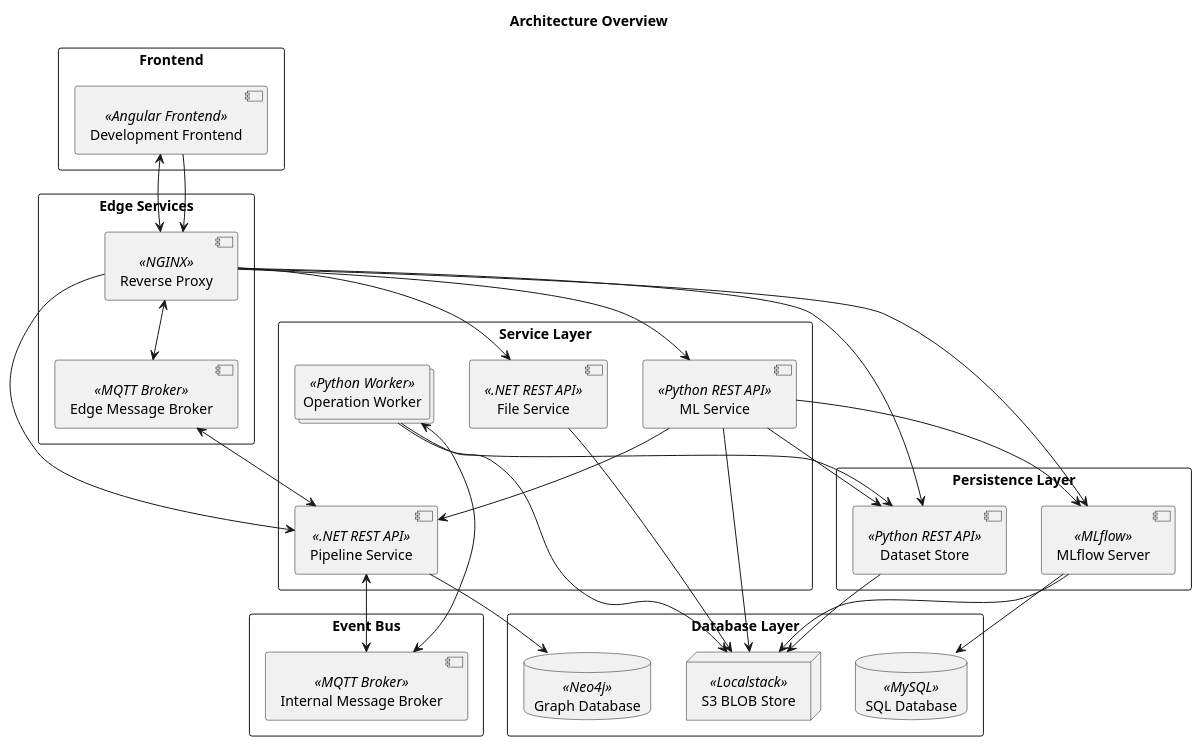
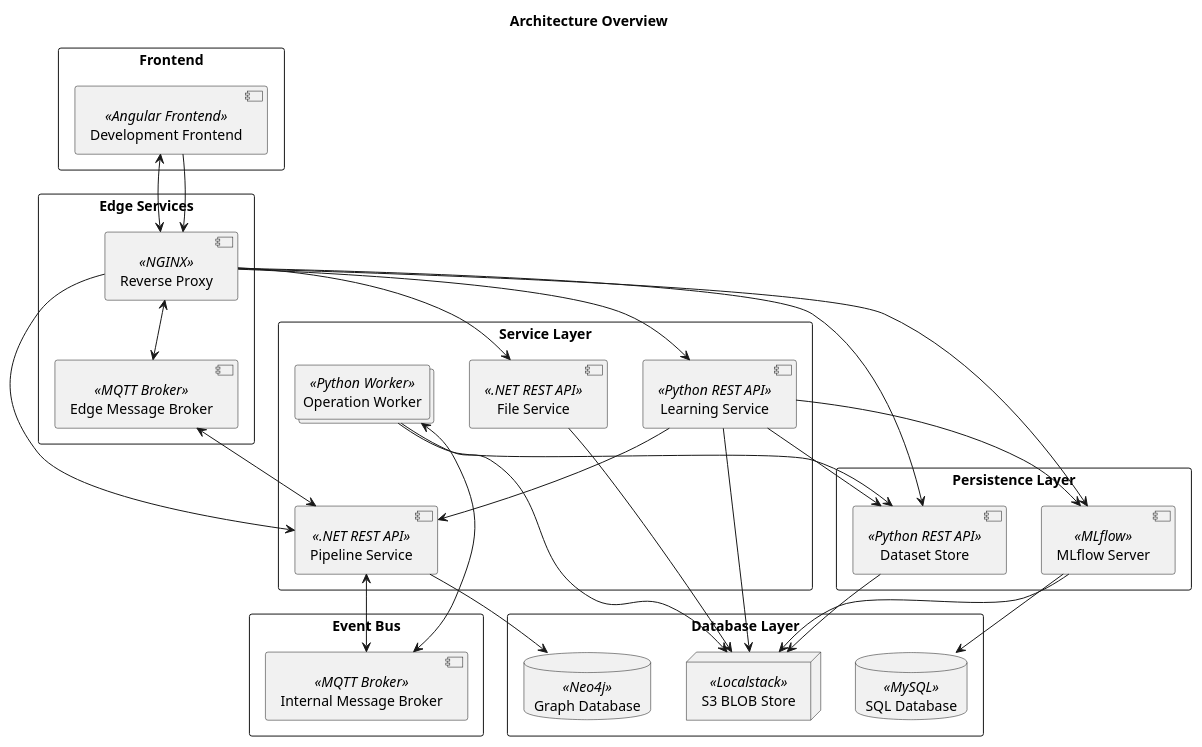
Before and after one commit to project-hanse/prototype-a: the diagram in docs/architecture/overview.puml, drawn with PlantUML. The commit also changed 12 other files, not shown here.

First line of the commit message:
feat: add learning service

```diff
--- a/docs/architecture/overview.puml
+++ b/docs/architecture/overview.puml
@@ -1,75 +1,75 @@
 @startuml
 'https://plantuml.com/deployment-diagram
 
 title "Architecture Overview"
 
 'Definitions'
 
 rectangle "Frontend" {
     component "Development Frontend" << Angular Frontend >> as development_frontend
 }
 
 rectangle "Edge Services" {
     component "Reverse Proxy" << NGINX >> as reverse_proxy
     component "Edge Message Broker" << MQTT Broker >> as message_broker_edge
 }
 
 rectangle "Event Bus" {
     component "Internal Message Broker" << MQTT Broker >> as message_broker_internal
 }
 
 rectangle "Service Layer" {
     component "Pipeline Service" << .NET REST API >> as pipeline_service
     collections  "Operation Worker" <<Python Worker>> as worker
-    component "ML Service" << Python REST API >> as ml_service
+    component "Learning Service" << Python REST API >> as learning_service
     component "File Service" << .NET REST API >> as file_service
 }
 
 rectangle "Persistence Layer" {
     component "Dataset Store" << Python REST API >> as dataset_store
     component "MLflow Server" << MLflow >> as mlflow_server
 }
 
 rectangle "Database Layer" {
     database "Graph Database" << Neo4j >> as graph_db
     node "S3 BLOB Store" << Localstack >> as blob_store
     'database #line.dashed "Dataset Database" << MongoDB >> as dataset_db
     database "SQL Database" << MySQL >> as mysql_db
 }
 
 'Interaction'
 
 development_frontend <--> reverse_proxy
 development_frontend --> reverse_proxy
 
 reverse_proxy --> pipeline_service
-reverse_proxy --> ml_service
+reverse_proxy --> learning_service
 reverse_proxy --> file_service
 reverse_proxy <--> message_broker_edge
 'TODO: This connection should no longer exist'
 reverse_proxy --> dataset_store
 reverse_proxy --> mlflow_server
 
-ml_service --> mlflow_server
-ml_service --> dataset_store
-ml_service --> pipeline_service
-ml_service --> blob_store
+learning_service --> mlflow_server
+learning_service --> dataset_store
+learning_service --> pipeline_service
+learning_service --> blob_store
 
 pipeline_service --> graph_db
 pipeline_service <--> message_broker_internal
 pipeline_service <--> message_broker_edge
 
 'dataset_store --> dataset_db
 'TODO: Default files should be seeded from file service PH-213'
 dataset_store --> blob_store
 
 file_service --> blob_store
 
 mlflow_server --> mysql_db
 mlflow_server --> blob_store
 
 worker --> dataset_store
 worker --> blob_store
 worker <--> message_broker_internal
 
 @enduml
```
